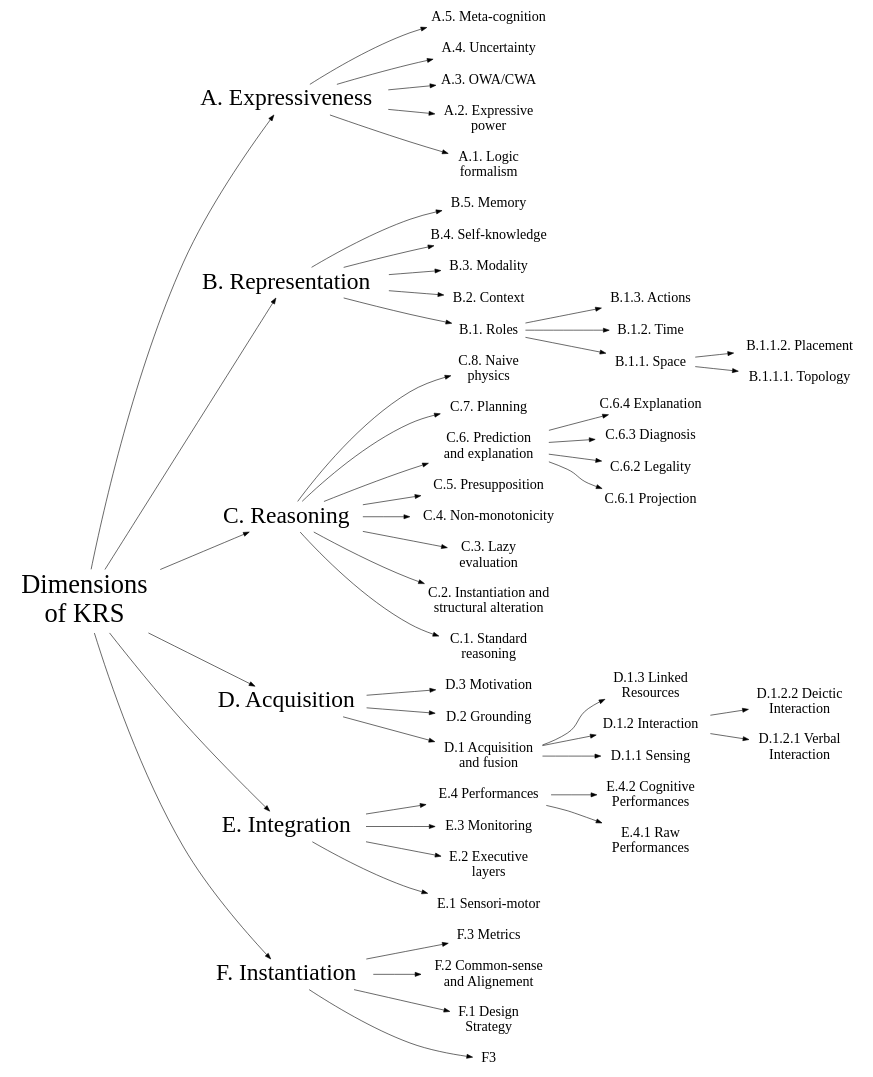
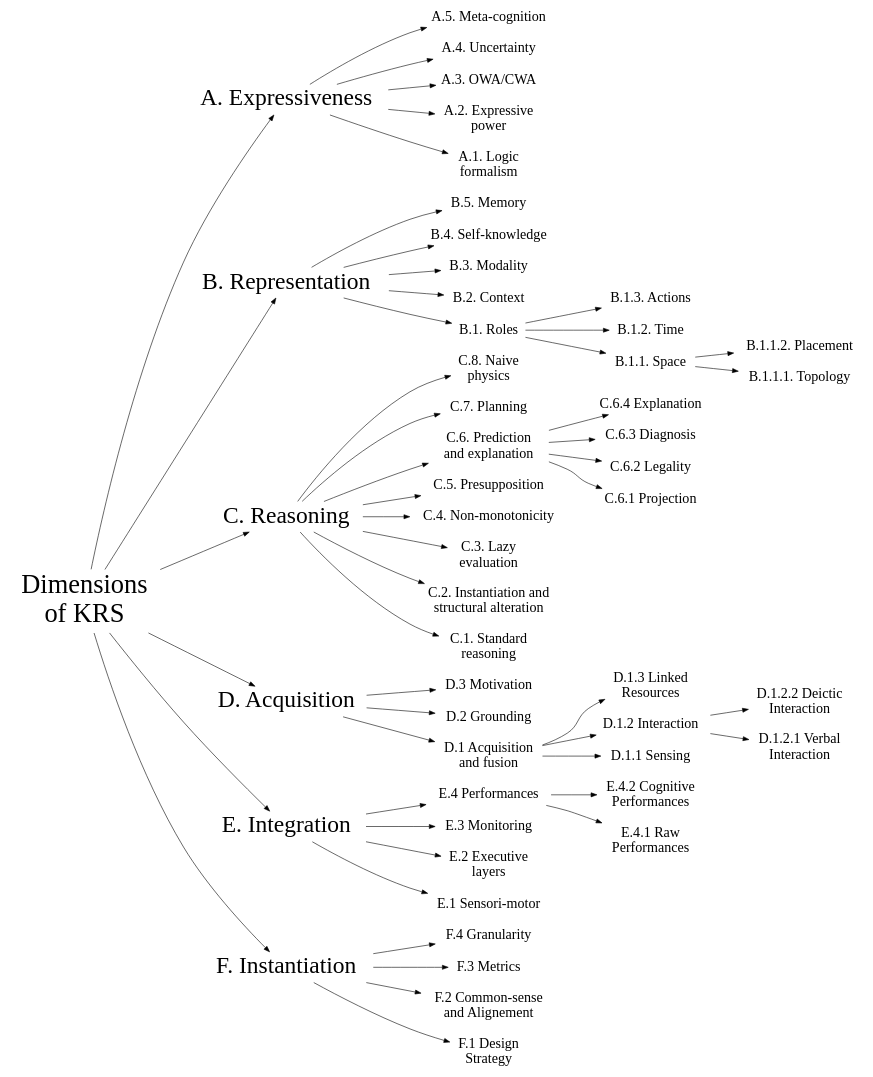
Before and after one commit to severin-lemaignan/these: the diagram in images/taxonomy.dot, drawn with Graphviz. The commit also changed 1 other file, not shown here.

Commit message:
Re-introduce section on granularity

```diff
--- a/images/taxonomy.dot
+++ b/images/taxonomy.dot
@@ -1,130 +1,131 @@
 strict digraph Knowledge {
 
 rankdir=LR;
 overlap=scale;
 
 node [shape=plaintext,fontsize=24,fontname="Ubuntu"];
 
 root [label="Dimensions\n of KRS", fontsize=45];
 root -> A;
 root -> B;
 root -> C;
 root -> D;
 root -> E;
 root -> F;
 
 F [label="F. Instantiation", fontsize=40];
 E [label="E. Integration", fontsize=40];
 D [label="D. Acquisition", fontsize=40];
 C [label="C. Reasoning", fontsize=40];
 B [label="B. Representation", fontsize=40];
 A [label="A. Expressiveness", fontsize=40];
 
 
 A5 [label="A.5. Meta-cognition"];
 A4 [label="A.4. Uncertainty"];
 A3 [label="A.3. OWA/CWA"];
 A2 [label="A.2. Expressive\n power"];
 A1 [label="A.1. Logic\n formalism"];
 
 A -> A1;
 A -> A2;
 A -> A3;
 A -> A4;
 A -> A5;
 
 B5 [label="B.5. Memory"];
 B4 [label="B.4. Self-knowledge"];
 B3 [label="B.3. Modality"];
 B2 [label="B.2. Context"];
 B1 [label="B.1. Roles"];
 
 
 B13 [label="B.1.3. Actions"];
 B12 [label="B.1.2. Time"];
 B11 [label="B.1.1. Space"];
 
 B112 [label="B.1.1.2. Placement"];
 B111 [label="B.1.1.1. Topology"];
 
 B -> B1 -> B11 -> B111;
            B11 -> B112;
      B1 -> B12;
      B1 -> B13;
 B -> B2;
 B -> B3;
 B -> B4;
 B -> B5;
 
 
 
 //C10 [label="C.9. Learning"];
 C9 [label="C.8. Naive\n physics"];
 C8 [label="C.7. Planning"];
 C7 [label="C.6. Prediction\n and explanation"];
 C6 [label="C.5. Presupposition"];
 C5 [label="C.4. Non-monotonicity"];
 C3 [label="C.3. Lazy\n evaluation"];
 C2 [label="C.2. Instantiation and\n structural alteration"];
 C1 [label="C.1. Standard\n reasoning"];
 
 C74 [label="C.6.4 Explanation"];
 C73 [label="C.6.3 Diagnosis"];
 C72 [label="C.6.2 Legality"];
 C71 [label="C.6.1 Projection"];
 
 C -> C1;
 C -> C2;
 C -> C3;
 C -> C5;
 C -> C6;
 C -> C7 -> C71;
      C7 -> C72;
      C7 -> C73;
      C7 -> C74;
 C -> C8;
 C -> C9;
 //C -> C10;
 
 D3 [label="D.3 Motivation"];
 D2 [label="D.2 Grounding"];
 D1 [label="D.1 Acquisition\n and fusion"];
 
 D13 [label="D.1.3 Linked\n Resources"];
 D12 [label="D.1.2 Interaction"];
 D11 [label="D.1.1 Sensing"];
 
 D122 [label="D.1.2.2 Deictic\n Interaction"];
 D121 [label="D.1.2.1 Verbal\n Interaction"];
 
 D -> D1 -> D11;
      D1 -> D12 -> D121;
            D12 -> D122;
      D1 -> D13;
 D -> D2;
 D -> D3;
 
 E4 [label="E.4 Performances"];
 E3 [label="E.3 Monitoring"];
 E2 [label="E.2 Executive\n layers"];
 E1 [label="E.1 Sensori-motor"];
 
 E42 [label="E.4.2 Cognitive\n Performances"];
 E41 [label="E.4.1 Raw\n Performances"];
 
 E -> E1;
 E -> E2;
 E -> E3;
 E -> E4 -> E41;
      E4 -> E42;
 
-F4 [label="F.3 Metrics"];
+F4 [label="F.4 Granularity"];
+F3 [label="F.3 Metrics"];
 F2 [label="F.2 Common-sense\n and Alignement"];
 F1 [label="F.1 Design\n Strategy"];
 
 F -> F1;
 F -> F2;
 F -> F3;
 F -> F4;
 
 }
```
